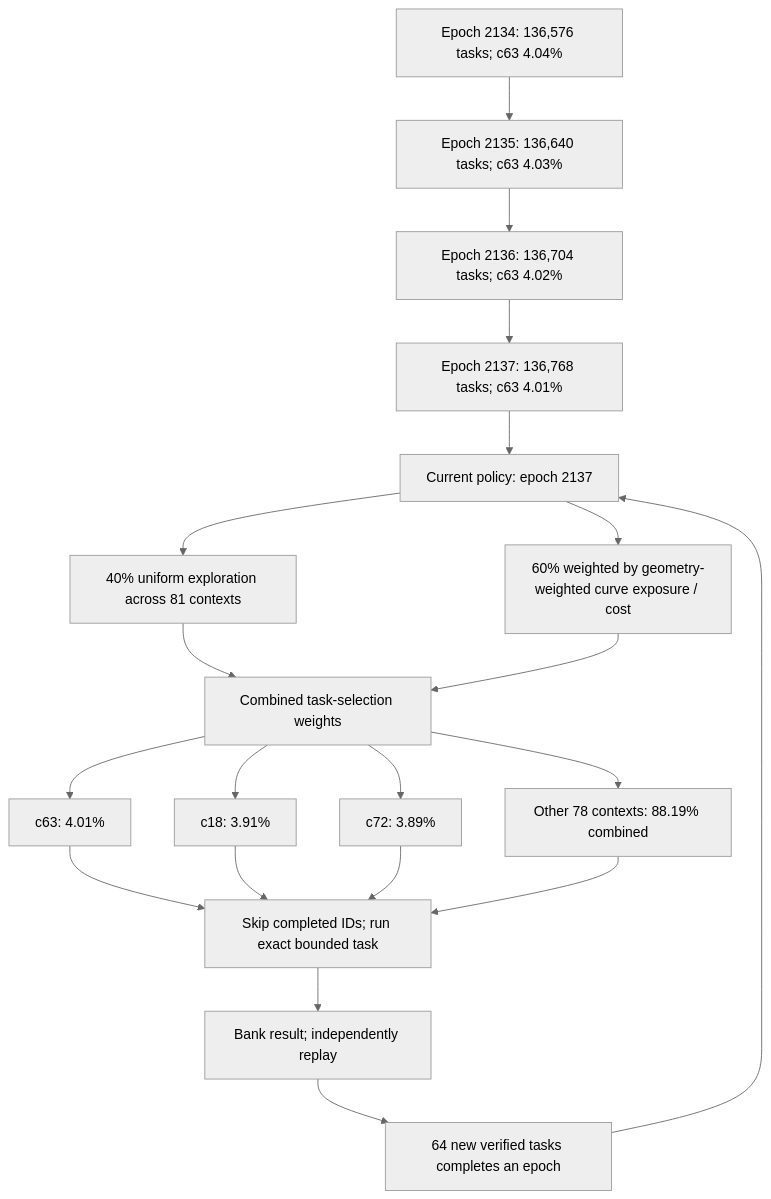
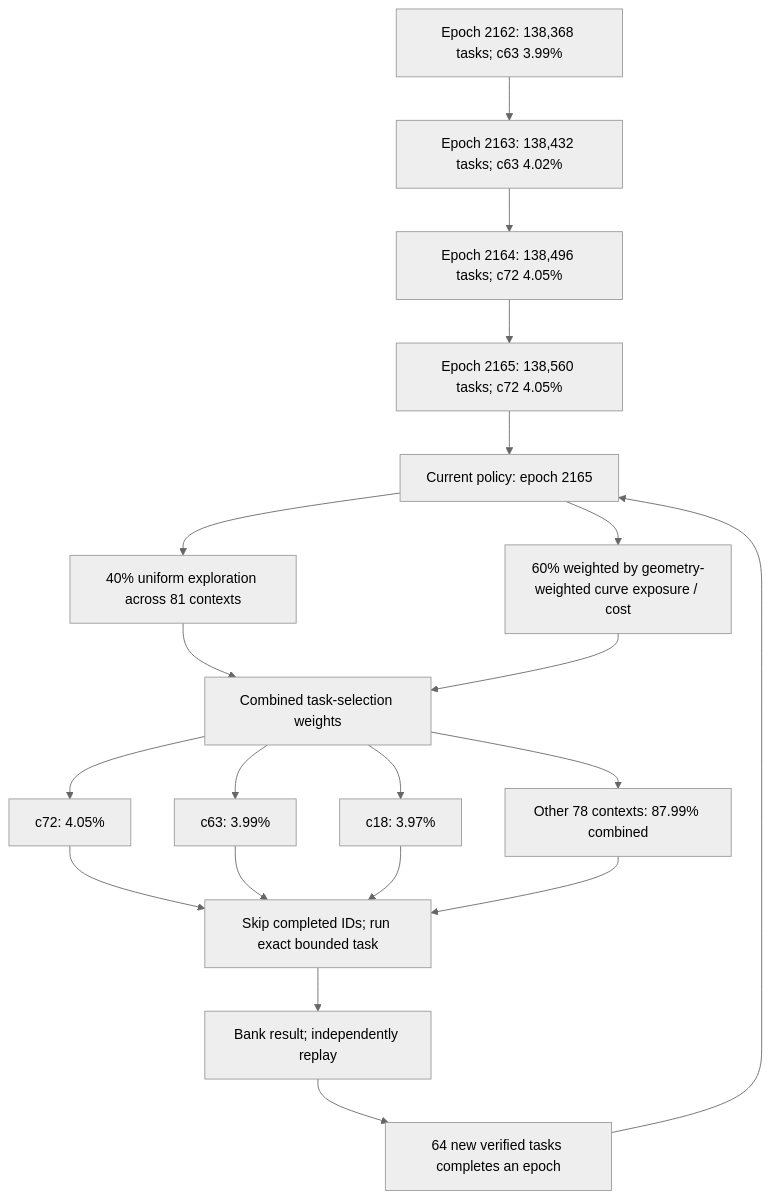
The first of 3 diagrams in README.md (Kuberwastaken/math-gambling), drawn with Mermaid (neutral theme) before and after one commit. The commit also changed other lines of this file and 3585 other files, not shown here.

````diff
--- a/README.md
+++ b/README.md
@@ -56,27 +56,27 @@
 ```mermaid
 flowchart TD
-    H0["Epoch 2134: 136,576 tasks; c63 4.04%"]
-    H1["Epoch 2135: 136,640 tasks; c63 4.03%"]
+    H0["Epoch 2162: 138,368 tasks; c63 3.99%"]
+    H1["Epoch 2163: 138,432 tasks; c63 4.02%"]
     H0 --> H1
-    H2["Epoch 2136: 136,704 tasks; c63 4.02%"]
+    H2["Epoch 2164: 138,496 tasks; c72 4.05%"]
     H1 --> H2
-    H3["Epoch 2137: 136,768 tasks; c63 4.01%"]
+    H3["Epoch 2165: 138,560 tasks; c72 4.05%"]
     H2 --> H3
-    Policy["Current policy: epoch 2137"]
+    Policy["Current policy: epoch 2165"]
     H3 --> Policy
     Policy --> Explore["40% uniform exploration across 81 contexts"]
     Policy --> Cost["60% weighted by geometry-weighted curve exposure / cost"]
     Explore --> Mix["Combined task-selection weights"]
     Cost --> Mix
-    Mix --> C0["c63: 4.01%"]
-    Mix --> C1["c18: 3.91%"]
-    Mix --> C2["c72: 3.89%"]
-    Mix --> Rest["Other 78 contexts: 88.19% combined"]
+    Mix --> C0["c72: 4.05%"]
+    Mix --> C1["c63: 3.99%"]
+    Mix --> C2["c18: 3.97%"]
+    Mix --> Rest["Other 78 contexts: 87.99% combined"]
     C0 --> Check["Skip completed IDs; run exact bounded task"]
     C1 --> Check
     C2 --> Check
     Rest --> Check
     Check --> Replay["Bank result; independently replay"]
     Replay --> Gate["64 new verified tasks completes an epoch"]
     Gate --> Policy
 ```
````
